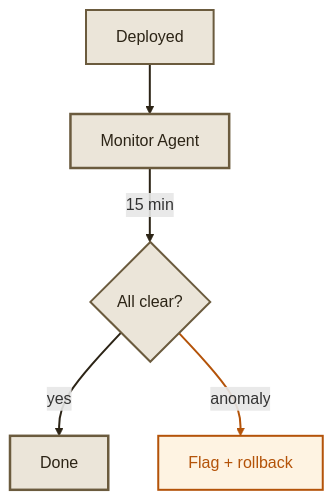
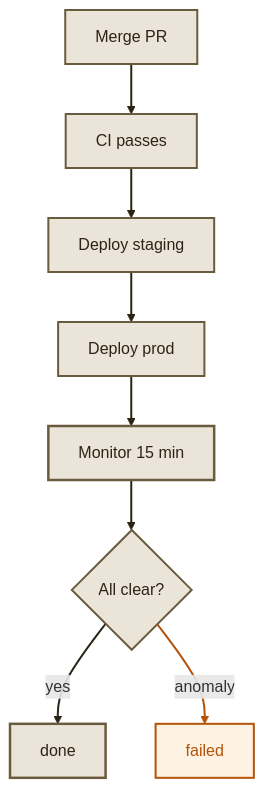
Before and after one commit to dunkinfrunkin/maestro: the fifth of 5 diagrams in docs/docs/pipeline.mdx, drawn with Mermaid. The commit also changed other lines of this file, not shown here.

````diff
--- a/docs/docs/pipeline.mdx
+++ b/docs/docs/pipeline.mdx
@@ -165,18 +140,27 @@
 ```mermaid
 graph TB
-  D["Deployed"] --> M["Monitor Agent"]
-  M -- "15 min" --> CHECK{"All clear?"}
-  CHECK -- "yes" --> DONE["Done"]
-  CHECK -- "anomaly" --> FLAG["Flag + rollback"]
+  MERGE["Merge PR"] --> CI["CI passes"]
+  CI --> STG["Deploy staging"]
+  STG --> PROD["Deploy prod"]
+  PROD --> MON["Monitor 15 min"]
+  MON --> CHECK{"All clear?"}
+  CHECK -- "yes" --> DONE["done"]
+  CHECK -- "anomaly" --> FAIL["failed"]
 
-  style D fill:#ebe5d9,stroke:#6b5b3e,stroke-width:2px,color:#2c2416
-  style M fill:#ebe5d9,stroke:#6b5b3e,stroke-width:2.5px,color:#2c2416
+  style MERGE fill:#ebe5d9,stroke:#6b5b3e,stroke-width:2px,color:#2c2416
+  style CI fill:#ebe5d9,stroke:#6b5b3e,stroke-width:2px,color:#2c2416
+  style STG fill:#ebe5d9,stroke:#6b5b3e,stroke-width:2px,color:#2c2416
+  style PROD fill:#ebe5d9,stroke:#6b5b3e,stroke-width:2px,color:#2c2416
+  style MON fill:#ebe5d9,stroke:#6b5b3e,stroke-width:2.5px,color:#2c2416
   style CHECK fill:#ebe5d9,stroke:#6b5b3e,stroke-width:2px,color:#2c2416
   style DONE fill:#ebe5d9,stroke:#6b5b3e,stroke-width:2.5px,color:#2c2416
-  style FLAG fill:#fef3e2,stroke:#b45309,stroke-width:2px,color:#b45309
+  style FAIL fill:#fef3e2,stroke:#b45309,stroke-width:2px,color:#b45309
 
   linkStyle 0 stroke:#2c2416,stroke-width:2px
   linkStyle 1 stroke:#2c2416,stroke-width:2px
   linkStyle 2 stroke:#2c2416,stroke-width:2px
-  linkStyle 3 stroke:#b45309,stroke-width:2px
+  linkStyle 3 stroke:#2c2416,stroke-width:2px
+  linkStyle 4 stroke:#2c2416,stroke-width:2px
+  linkStyle 5 stroke:#2c2416,stroke-width:2px
+  linkStyle 6 stroke:#b45309,stroke-width:2px
 ```
````
